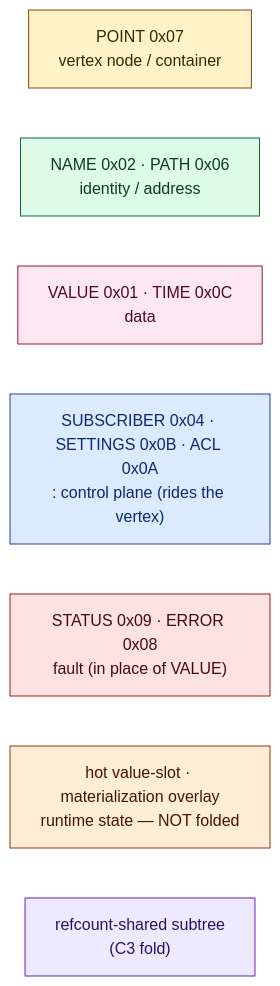
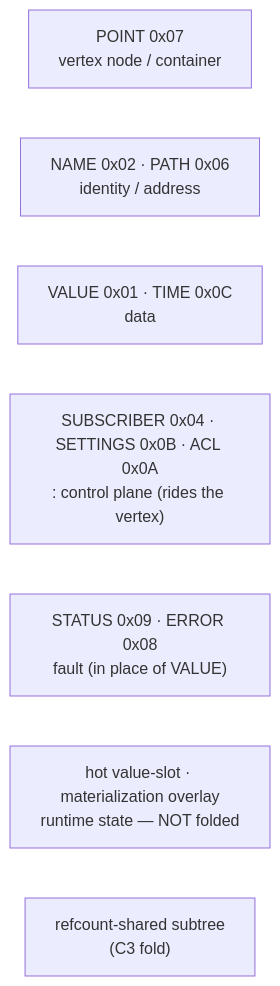
Before and after one commit to avatarsd-llc/libtracer: the first of 3 diagrams in docs/research/2026-07-11-tlv-graph-folding-structure.md, drawn with Mermaid. The commit also changed other lines of this file and 32 other files, not shown here.

First line of the commit message:
docs: every diagram on the shared vocabulary, with alt text (#2373)

````diff
--- a/docs/research/2026-07-11-tlv-graph-folding-structure.md
+++ b/docs/research/2026-07-11-tlv-graph-folding-structure.md
@@ -36,17 +36,12 @@
 ```mermaid
 flowchart LR
-  P["POINT 0x07<br/>vertex node / container"]:::node
-  N["NAME 0x02 · PATH 0x06<br/>identity / address"]:::ident
-  V["VALUE 0x01 · TIME 0x0C<br/>data"]:::data
-  C["SUBSCRIBER 0x04 · SETTINGS 0x0B · ACL 0x0A<br/>: control plane (rides the vertex)"]:::ctrl
-  F["STATUS 0x09 · ERROR 0x08<br/>fault (in place of VALUE)"]:::fault
-  H["hot value-slot · materialization overlay<br/>runtime state — NOT folded"]:::hot
-  S["refcount-shared subtree<br/>(C3 fold)"]:::shared
-  classDef node fill:#fef3c7,stroke:#92400e,color:#3a2606
-  classDef ident fill:#dcfce7,stroke:#166534,color:#0b3d1e
-  classDef data fill:#fce7f3,stroke:#9f1239,color:#500724
-  classDef ctrl fill:#dbeafe,stroke:#1e40af,color:#0b2a6b
-  classDef fault fill:#fee2e2,stroke:#991b1b,color:#450a0a
-  classDef hot fill:#ffedd5,stroke:#9a3412,color:#431407
-  classDef shared fill:#ede9fe,stroke:#5b21b6,color:#2e1065
+    accTitle: The TLV kinds a folded vertex is made of
+    accDescr: POINT 0x07 is the vertex node or container. NAME and PATH give identity and address. VALUE and TIME are data. SUBSCRIBER, SETTINGS and ACL are the control plane riding the vertex. STATUS and ERROR are a fault in place of VALUE. The hot value slot and materialization overlay are runtime state and are not folded. A refcount-shared subtree is the C3 fold.
+  P["POINT 0x07<br/>vertex node / container"]:::vertex
+  N["NAME 0x02 · PATH 0x06<br/>identity / address"]:::record
+  V["VALUE 0x01 · TIME 0x0C<br/>data"]:::record
+  C["SUBSCRIBER 0x04 · SETTINGS 0x0B · ACL 0x0A<br/>: control plane (rides the vertex)"]:::record
+  F["STATUS 0x09 · ERROR 0x08<br/>fault (in place of VALUE)"]:::record
+  H["hot value-slot · materialization overlay<br/>runtime state — NOT folded"]:::ring
+  S["refcount-shared subtree<br/>(C3 fold)"]:::record
 ```
````
